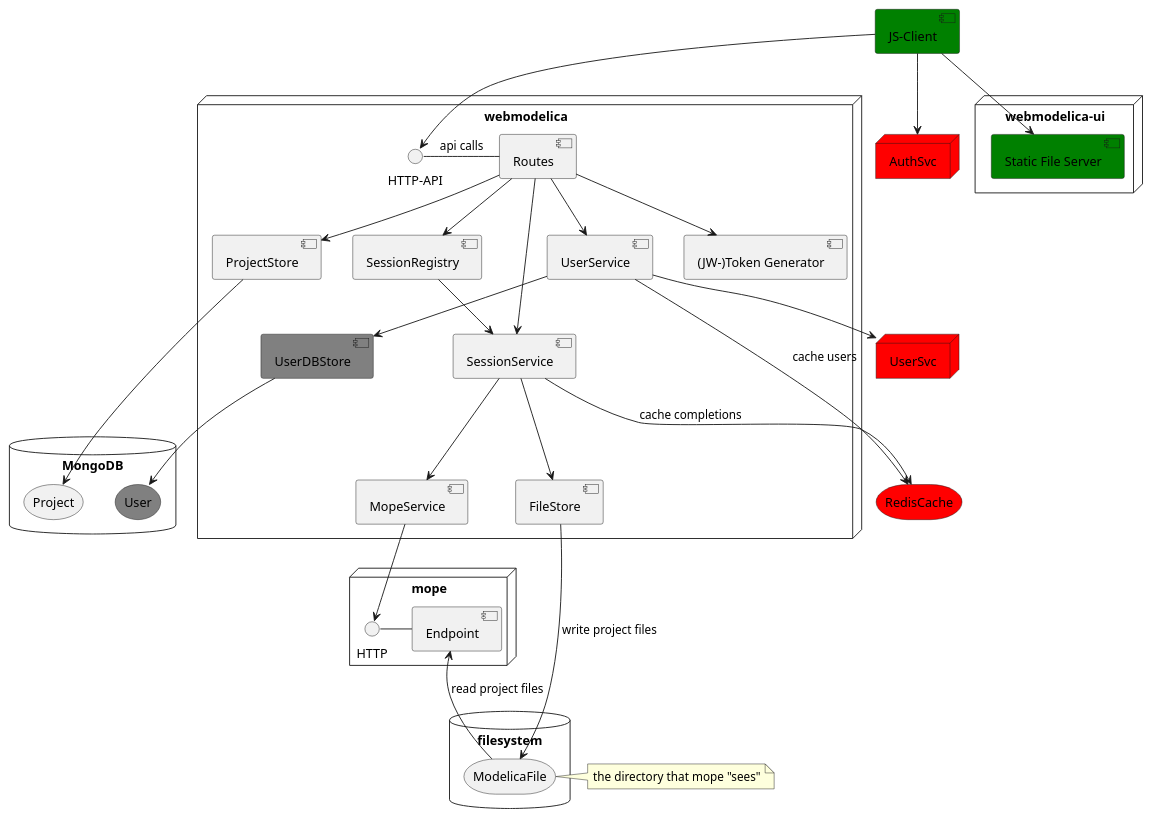
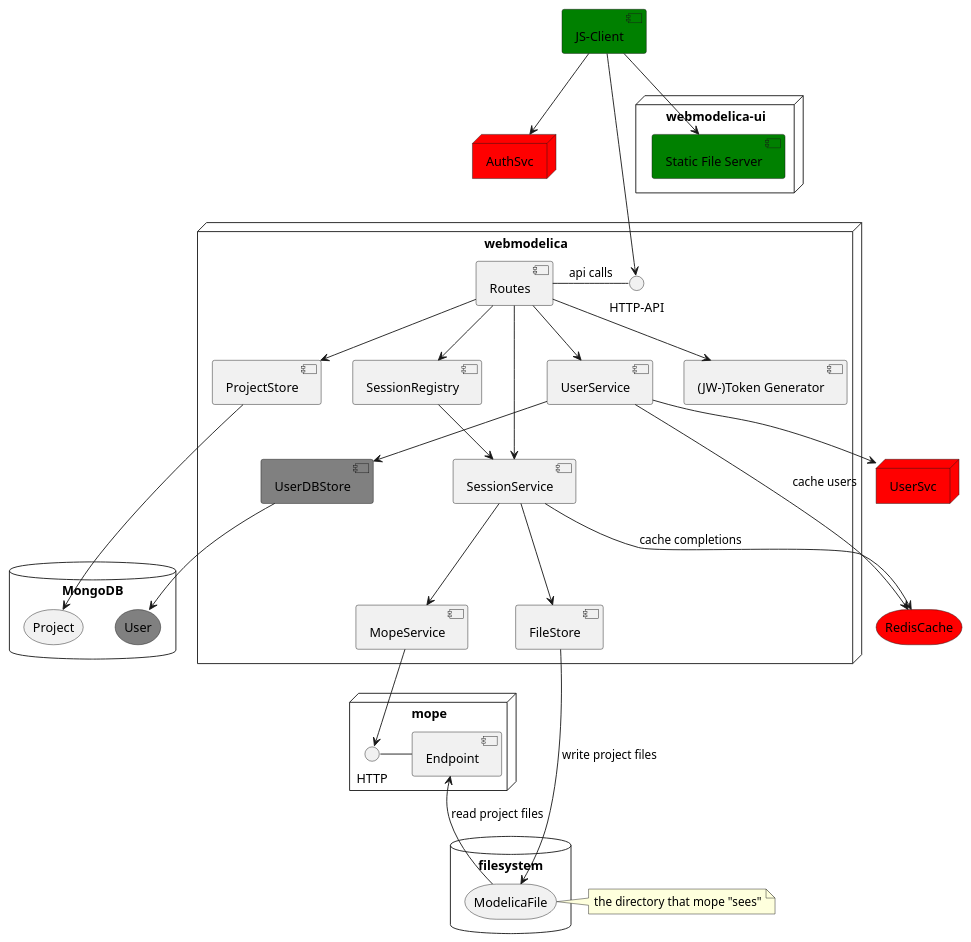
The diagram in doc/images/components.puml (THM-MoTE/webmodelica), drawn with PlantUML before and after one commit. The commit also changed 1 other file, not shown here.

```diff
--- a/doc/images/components.puml
+++ b/doc/images/components.puml
@@ -1,61 +1,64 @@
 @startuml
 
 [JS-Client] #Green
 
 node UserSvc #red
 node AuthSvc #red
 
 node "webmodelica-ui" {
   [Static File Server] #Green
   [JS-Client] --> [Static File Server]
 }
 
 node "webmodelica" {
   () "HTTP-API" as wm_http
   [JS-Client] --> wm_http
   [JS-Client] --> AuthSvc
   [UserService] --> UserSvc
   wm_http - [Routes] : "api calls"
 
   [Routes] --> [SessionService]
   [Routes] --> [SessionRegistry]
   [Routes] --> [ProjectStore]
   [Routes] --> [UserService]
   [Routes] --> [(JW-)Token Generator]
 
   [UserService] --> [UserDBStore]
 
   [SessionRegistry] --> [SessionService]
 
   [SessionService] --> [FileStore]
   [SessionService] --> [MopeService]
 }
 
+[Static File Server] -[hidden]-> wm_http
+[AuthSvc] -[hidden]-> [Routes]
+
 node "mope" {
   () "HTTP" as mope_http
   [MopeService] --> mope_http
   mope_http - [Endpoint]
 }
 
 storage RedisCache #red
 
 database MongoDB {
   storage Project
   storage User #grey
 }
 
 database "filesystem" {
   storage ModelicaFile as fs_file
 }
 note left of fs_file : the directory that mope "sees"
 
 [UserDBStore] #grey
 
 [ProjectStore] --> Project
 [UserDBStore] --> User
 [UserService] --> RedisCache : cache users
 [SessionService] --> RedisCache : cache completions
 [FileStore] --> fs_file : write project files
 
 [Endpoint] <-- fs_file : read project files
 @enduml
```
